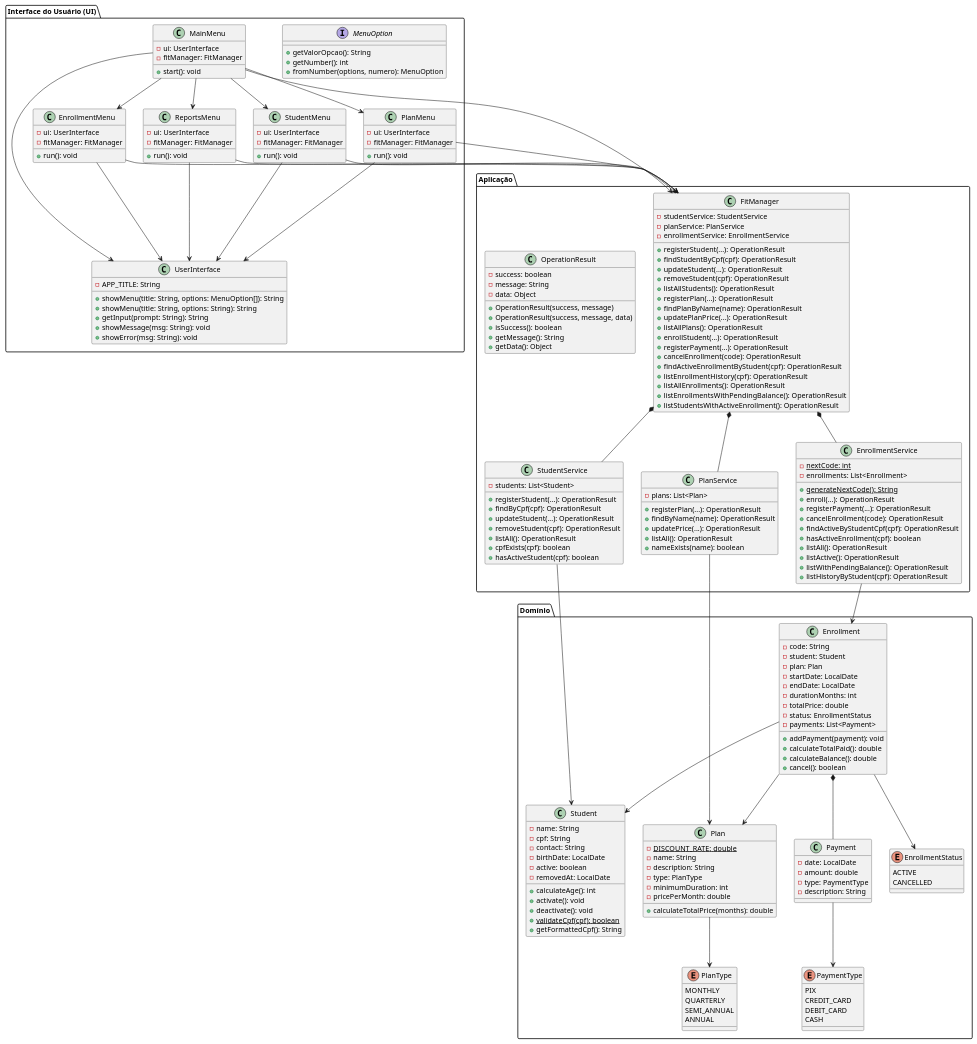
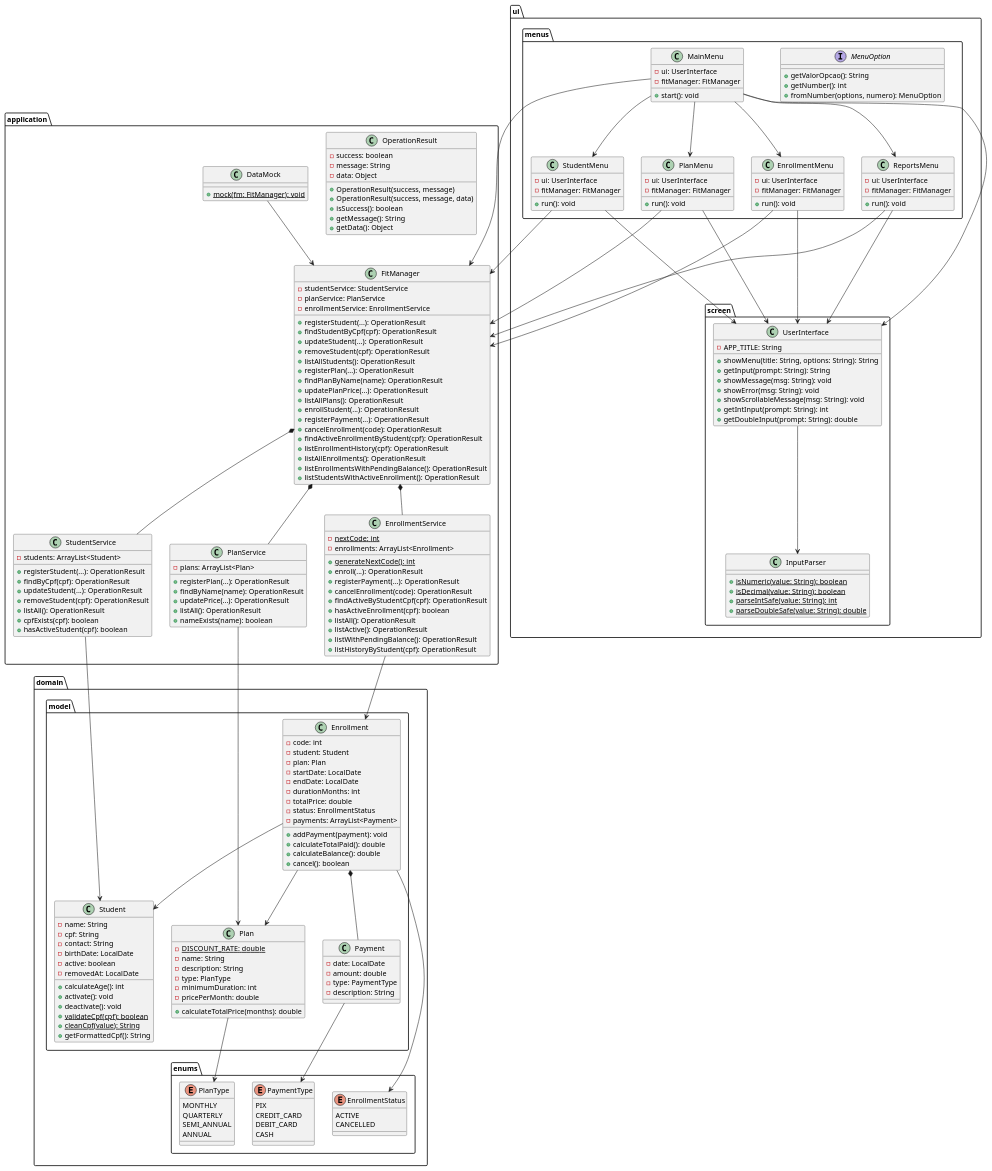
One commit to gabrielfbarbosa/FitManager-projeto-POO changed the diagram in report.md. Above: the diagram before and after it, drawn with PlantUML. The commit also changed other lines of this file and 3 other files, not shown here.

Commit message:
Atualizacao do README e report, criacao do diagram e passo-passo-branchs

````diff
--- a/report.md
+++ b/report.md
@@ -29,16 +31,27 @@
 ```plantuml
 @startuml
 
-package "Interface do Usuário (UI)" {
+package "ui.screen" {
   class UserInterface {
     -APP_TITLE: String
-    +showMenu(title: String, options: MenuOption[]): String
     +showMenu(title: String, options: String): String
     +getInput(prompt: String): String
     +showMessage(msg: String): void
     +showError(msg: String): void
+    +showScrollableMessage(msg: String): void
+    +getIntInput(prompt: String): int
+    +getDoubleInput(prompt: String): double
   }
 
+  class InputParser {
+    +isNumeric(value: String): boolean {static}
+    +isDecimal(value: String): boolean {static}
+    +parseIntSafe(value: String): int {static}
+    +parseDoubleSafe(value: String): double {static}
+  }
+}
+
+package "ui.menus" {
   interface MenuOption {
     +getValorOpcao(): String
     +getNumber(): int
@@ -76,7 +89,7 @@
   }
 }
 
-package "Aplicação" {
+package "application" {
   class FitManager {
     -studentService: StudentService
     -planService: PlanService
@@ -111,8 +124,12 @@
     +getData(): Object
   }
 
+  class DataMock {
+    +mock(fm: FitManager): void {static}
+  }
+
   class StudentService {
-    -students: List<Student>
+    -students: ArrayList<Student>
     +registerStudent(...): OperationResult
     +findByCpf(cpf): OperationResult
     +updateStudent(...): OperationResult
@@ -123,7 +140,7 @@
   }
 
   class PlanService {
-    -plans: List<Plan>
+    -plans: ArrayList<Plan>
     +registerPlan(...): OperationResult
     +findByName(name): OperationResult
     +updatePrice(...): OperationResult
@@ -133,8 +150,8 @@
 
   class EnrollmentService {
     -nextCode: int {static}
-    -enrollments: List<Enrollment>
-    +generateNextCode(): String {static}
+    -enrollments: ArrayList<Enrollment>
+    +generateNextCode(): int {static}
     +enroll(...): OperationResult
     +registerPayment(...): OperationResult
     +cancelEnrollment(code): OperationResult
@@ -147,7 +164,7 @@
   }
 }
 
-package "Domínio" {
+package "domain.model" {
   class Student {
     -name: String
     -cpf: String
@@ -159,6 +176,7 @@
     +activate(): void
     +deactivate(): void
     +validateCpf(cpf): boolean {static}
+    +cleanCpf(value): String {static}
     +getFormattedCpf(): String
   }
 
@@ -173,7 +191,7 @@
   }
 
   class Enrollment {
-    -code: String
+    -code: int
     -student: Student
     -plan: Plan
     -startDate: LocalDate
@@ -181,7 +199,7 @@
     -durationMonths: int
     -totalPrice: double
     -status: EnrollmentStatus
-    -payments: List<Payment>
+    -payments: ArrayList<Payment>
     +addPayment(payment): void
     +calculateTotalPaid(): double
     +calculateBalance(): double
@@ -194,7 +212,9 @@
     -type: PaymentType
     -description: String
   }
+}
 
+package "domain.enums" {
   enum PlanType {
     MONTHLY
     QUARTERLY
@@ -231,9 +251,12 @@
 ReportsMenu --> FitManager
 ReportsMenu --> UserInterface
 
+UserInterface --> InputParser
+
 FitManager *-- StudentService
 FitManager *-- PlanService
 FitManager *-- EnrollmentService
+DataMock --> FitManager
 
 StudentService --> Student
 PlanService --> Plan
````
